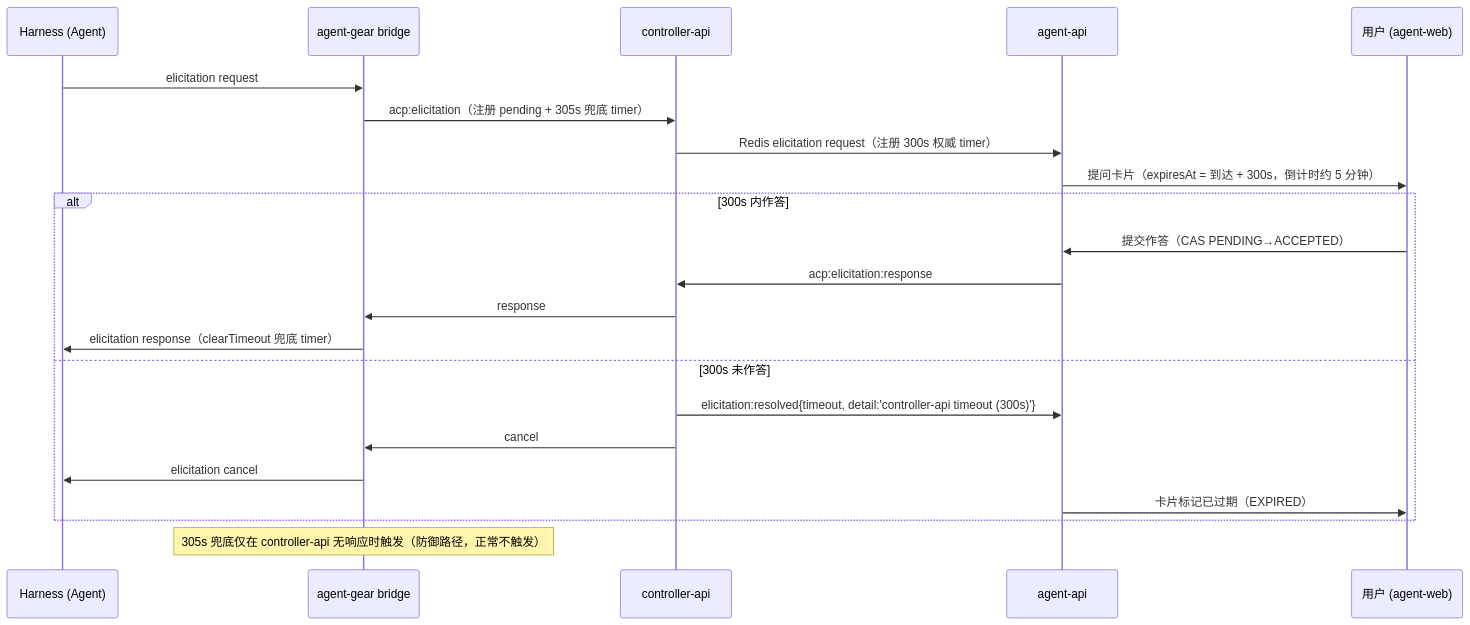
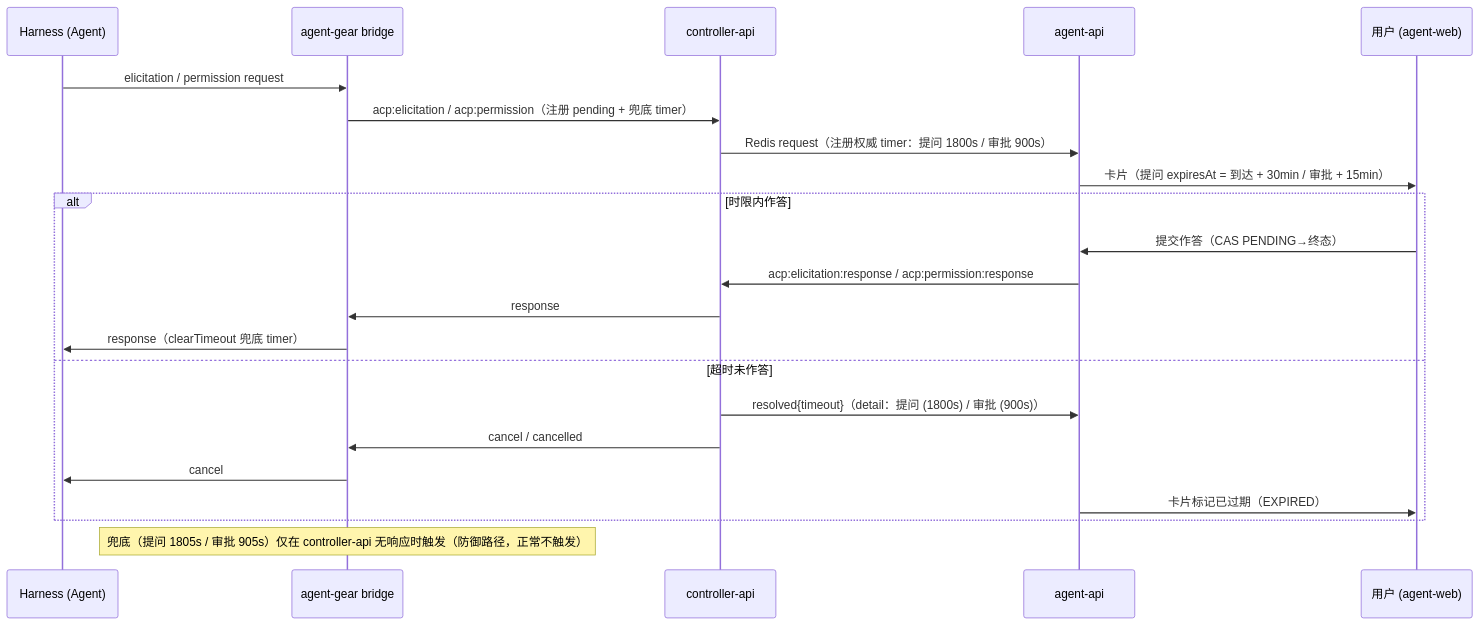
The third of 3 diagrams in docs/engineering/proposals/20261127-fix-question-timeout-300s.md (Deliay/z-agent-gear), drawn with Mermaid before and after one commit. The commit also changed other lines of this file and 6 other files, not shown here.

````diff
--- a/docs/engineering/proposals/20261127-fix-question-timeout-300s.md
+++ b/docs/engineering/proposals/20261127-fix-question-timeout-300s.md
@@ -139,25 +143,25 @@
 ```mermaid
 sequenceDiagram
     participant H as Harness (Agent)
     participant BG as agent-gear bridge
     participant CA as controller-api
     participant AI as agent-api
     participant U as 用户 (agent-web)
 
-    H->>BG: elicitation request
-    BG->>CA: acp:elicitation（注册 pending + 305s 兜底 timer）
-    CA->>AI: Redis elicitation request（注册 300s 权威 timer）
-    AI->>U: 提问卡片（expiresAt = 到达 + 300s，倒计时约 5 分钟）
-    alt 300s 内作答
-        U->>AI: 提交作答（CAS PENDING→ACCEPTED）
-        AI->>CA: acp:elicitation:response
+    H->>BG: elicitation / permission request
+    BG->>CA: acp:elicitation / acp:permission（注册 pending + 兜底 timer）
+    CA->>AI: Redis request（注册权威 timer：提问 1800s / 审批 900s）
+    AI->>U: 卡片（提问 expiresAt = 到达 + 30min / 审批 + 15min）
+    alt 时限内作答
+        U->>AI: 提交作答（CAS PENDING→终态）
+        AI->>CA: acp:elicitation:response / acp:permission:response
         CA->>BG: response
-        BG->>H: elicitation response（clearTimeout 兜底 timer）
-    else 300s 未作答
-        CA->>AI: elicitation:resolved{timeout, detail:'controller-api timeout (300s)'}
-        CA->>BG: cancel
-        BG->>H: elicitation cancel
+        BG->>H: response（clearTimeout 兜底 timer）
+    else 超时未作答
+        CA->>AI: resolved{timeout}（detail：提问 (1800s) / 审批 (900s)）
+        CA->>BG: cancel / cancelled
+        BG->>H: cancel
         AI->>U: 卡片标记已过期（EXPIRED）
     end
-    Note over BG: 305s 兜底仅在 controller-api 无响应时触发（防御路径，正常不触发）
+    Note over BG: 兜底（提问 1805s / 审批 905s）仅在 controller-api 无响应时触发（防御路径，正常不触发）
 ```
````
